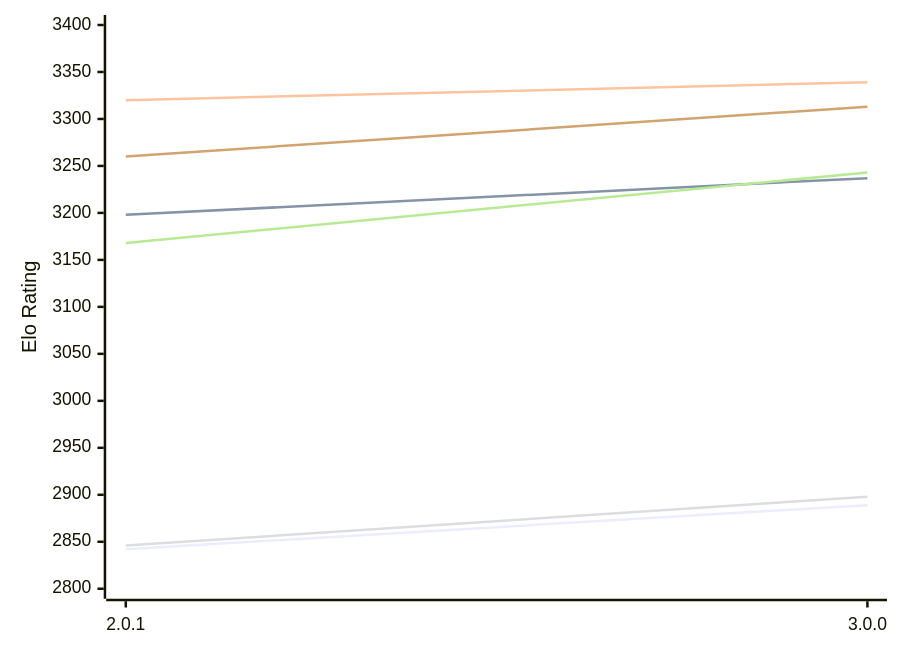
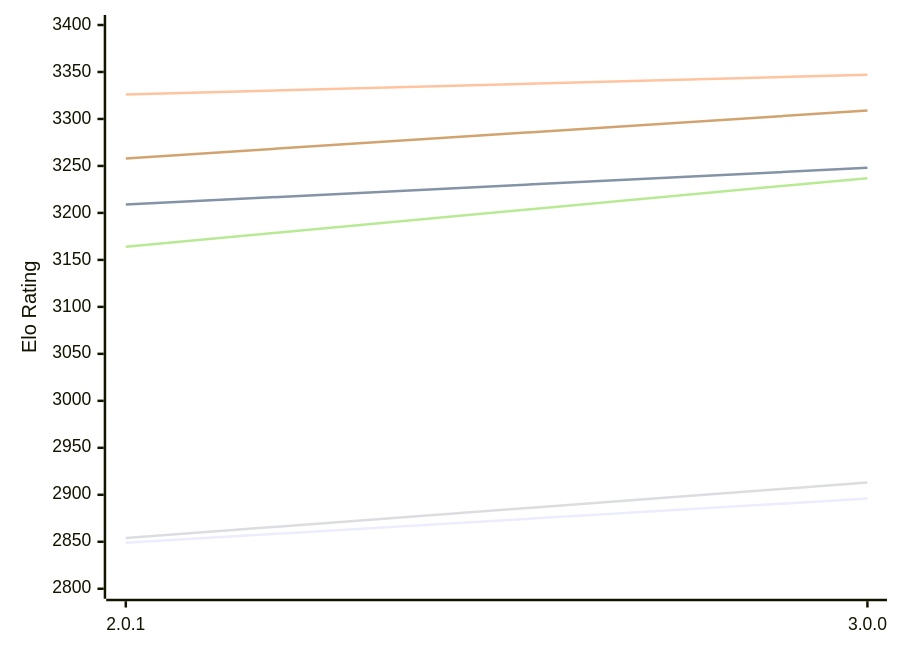
One commit to computer-chess-index/cci changed the first of 2 diagrams in engines/Grail.md. Above: the diagram before and after it, drawn with Mermaid. The commit also changed other lines of this file, not shown here.

Commit message:
Update CCI Ratings (ELO VLTC) - 2026-11-16

````diff
--- a/engines/Grail.md
+++ b/engines/Grail.md
@@ -56,12 +56,12 @@
 ```mermaid
 %%{init: {"theme":"base","themeVariables":{"seriesColors:['#a3a3a3','#222221','#faa371']}}}%%
 xychart-beta
   x-axis ["2.0.1", "3.0.0"]
   y-axis "Elo Rating" 2800 --> 3400
-  line "E1: STC (8.0+0.08s)" [2842, 2889]
-  line "E1: LTC (60.0+0.60s)" [3198, 3237]
-  line "E1: VLTC (2m24s+1.12s)" [3320, 3339]
-  line "P1: STC (8.0+0.08s)" [2846, 2898]
-  line "P1: LTC (60.0+0.60s)" [3168, 3243]
-  line "P1: VLTC (2m24s+1.12s)" [3260, 3313]
+  line "E1: STC (8.0+0.08s)" [2849, 2896]
+  line "E1: LTC (60.0+0.60s)" [3209, 3248]
+  line "E1: VLTC (2m24s+1.12s)" [3326, 3347]
+  line "P1: STC (8.0+0.08s)" [2854, 2913]
+  line "P1: LTC (60.0+0.60s)" [3164, 3237]
+  line "P1: VLTC (2m24s+1.12s)" [3258, 3309]
 ```
````
